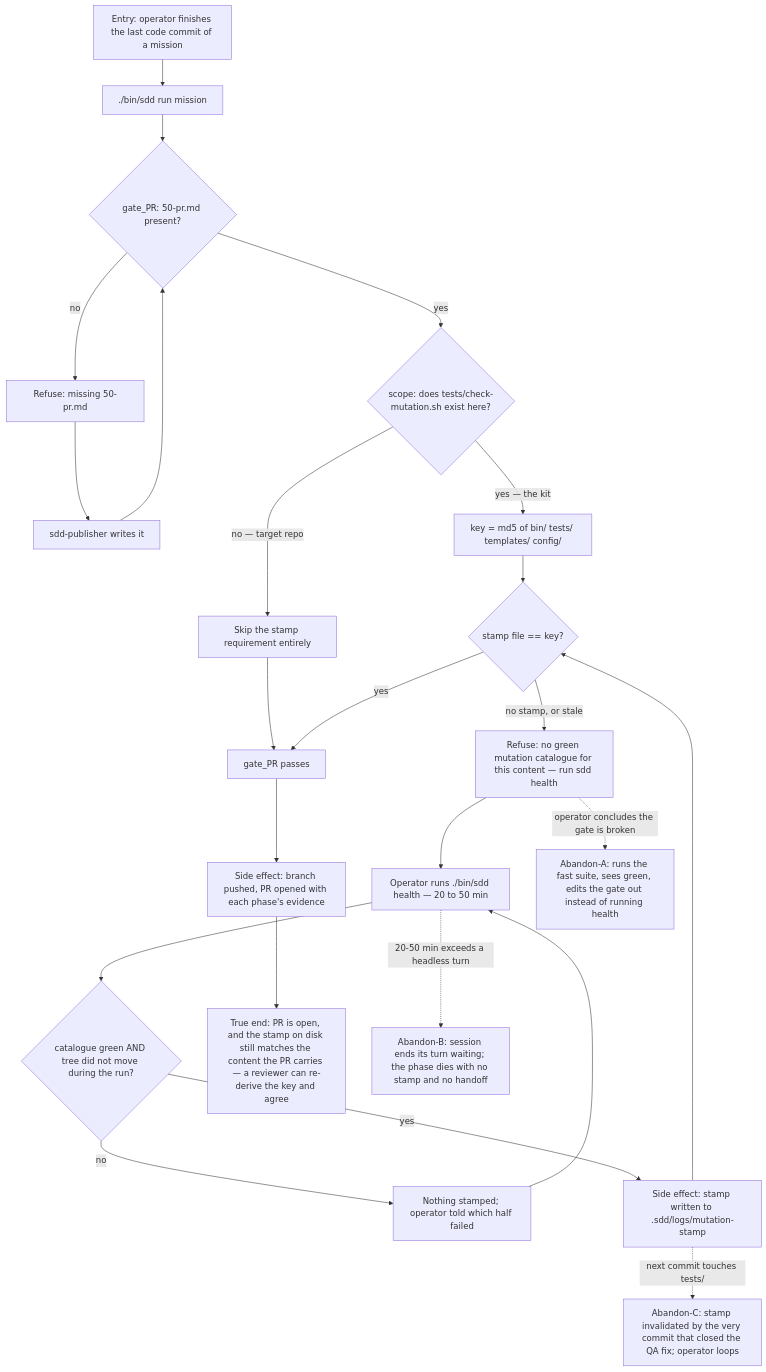
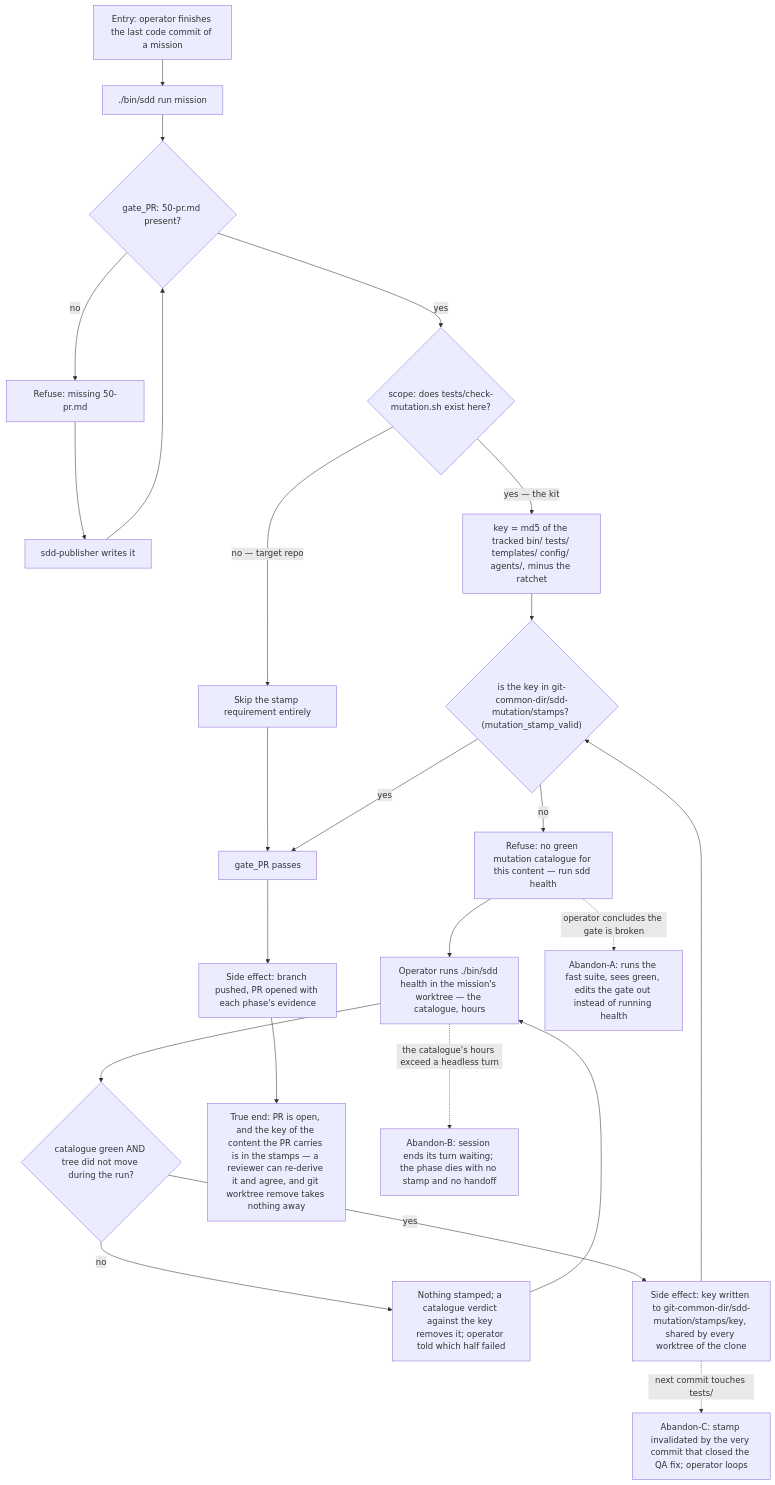
Before and after one commit to j0ruge/sdd_agents: the diagram in docs/qa/journeys/J-certify-mission-close.md, drawn with Mermaid. The commit also changed other lines of this file and 4 other files, not shown here.

````diff
--- a/docs/qa/journeys/J-certify-mission-close.md
+++ b/docs/qa/journeys/J-certify-mission-close.md
@@ -7,24 +9,24 @@
 ```mermaid
 flowchart TD
     A[Entry: operator finishes the last code commit of a mission] --> B[./bin/sdd run mission]
     B --> C{gate_PR: 50-pr.md present?}
     C -->|no| C1[Refuse: missing 50-pr.md] --> Z1[sdd-publisher writes it]
     Z1 --> C
     C -->|yes| D{scope: does tests/check-mutation.sh exist here?}
     D -->|no — target repo| P1[Skip the stamp requirement entirely] --> H
-    D -->|yes — the kit| E[key = md5 of bin/ tests/ templates/ config/]
-    E --> F{stamp file == key?}
-    F -->|no stamp, or stale| G1["Refuse: no green mutation catalogue for this content — run sdd health"]
-    G1 --> G2[Operator runs ./bin/sdd health — 20 to 50 min]
+    D -->|yes — the kit| E[key = md5 of the tracked bin/ tests/ templates/ config/ agents/, minus the ratchet]
+    E --> F{"is the key in git-common-dir/sdd-mutation/stamps? (mutation_stamp_valid)"}
+    F -->|no| G1["Refuse: no green mutation catalogue for this content — run sdd health"]
+    G1 --> G2[Operator runs ./bin/sdd health in the mission's worktree — the catalogue, hours]
     G2 --> G3{catalogue green AND tree did not move during the run?}
-    G3 -->|no| G4[Nothing stamped; operator told which half failed] --> G2
-    G3 -->|yes| G5[Side effect: stamp written to .sdd/logs/mutation-stamp]
+    G3 -->|no| G4[Nothing stamped; a catalogue verdict against the key removes it; operator told which half failed] --> G2
+    G3 -->|yes| G5[Side effect: key written to git-common-dir/sdd-mutation/stamps/key, shared by every worktree of the clone]
     G5 --> F
     F -->|yes| H[gate_PR passes]
     H --> I[Side effect: branch pushed, PR opened with each phase's evidence]
-    I --> J[True end: PR is open, and the stamp on disk still matches the content the PR carries — a reviewer can re-derive the key and agree]
+    I --> J[True end: PR is open, and the key of the content the PR carries is in the stamps — a reviewer can re-derive it and agree, and git worktree remove takes nothing away]
 
     G1 -.->|operator concludes the gate is broken| X1[Abandon-A: runs the fast suite, sees green, edits the gate out instead of running health]
-    G2 -.->|20-50 min exceeds a headless turn| X2[Abandon-B: session ends its turn waiting; the phase dies with no stamp and no handoff]
+    G2 -.->|the catalogue's hours exceed a headless turn| X2[Abandon-B: session ends its turn waiting; the phase dies with no stamp and no handoff]
     G5 -.->|next commit touches tests/| X3[Abandon-C: stamp invalidated by the very commit that closed the QA fix; operator loops]
 ```
````
